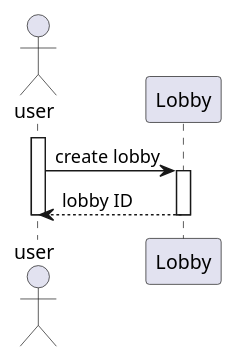
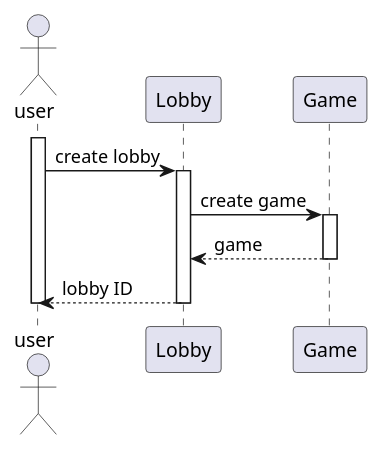
Before and after one commit to PolyPong/PolyPong: the diagram in doc/sequencediagrams/fr3.puml, drawn with PlantUML.

Commit message:
fr3sequence

```diff
--- a/doc/sequencediagrams/fr3.puml
+++ b/doc/sequencediagrams/fr3.puml
@@ -1,10 +1,15 @@
 actor user
 
 participant Lobby as L
+participant Game as G
 activate user
 
         user -> L: create lobby
         activate L
+                L -> G: create game
+                activate G
+                        G --> L: game
+                deactivate G
                 L --> user: lobby ID
         deactivate L
 deactivate user
```
